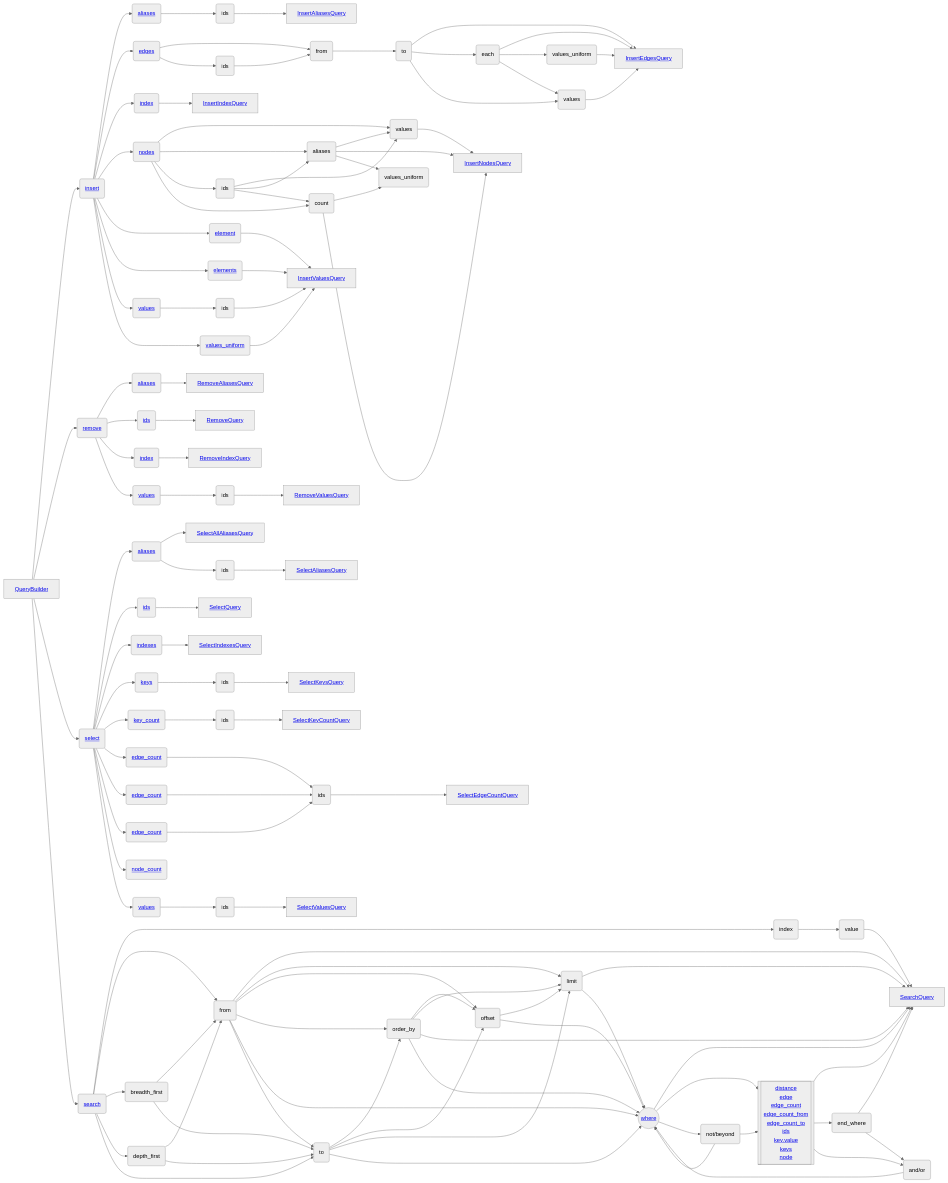
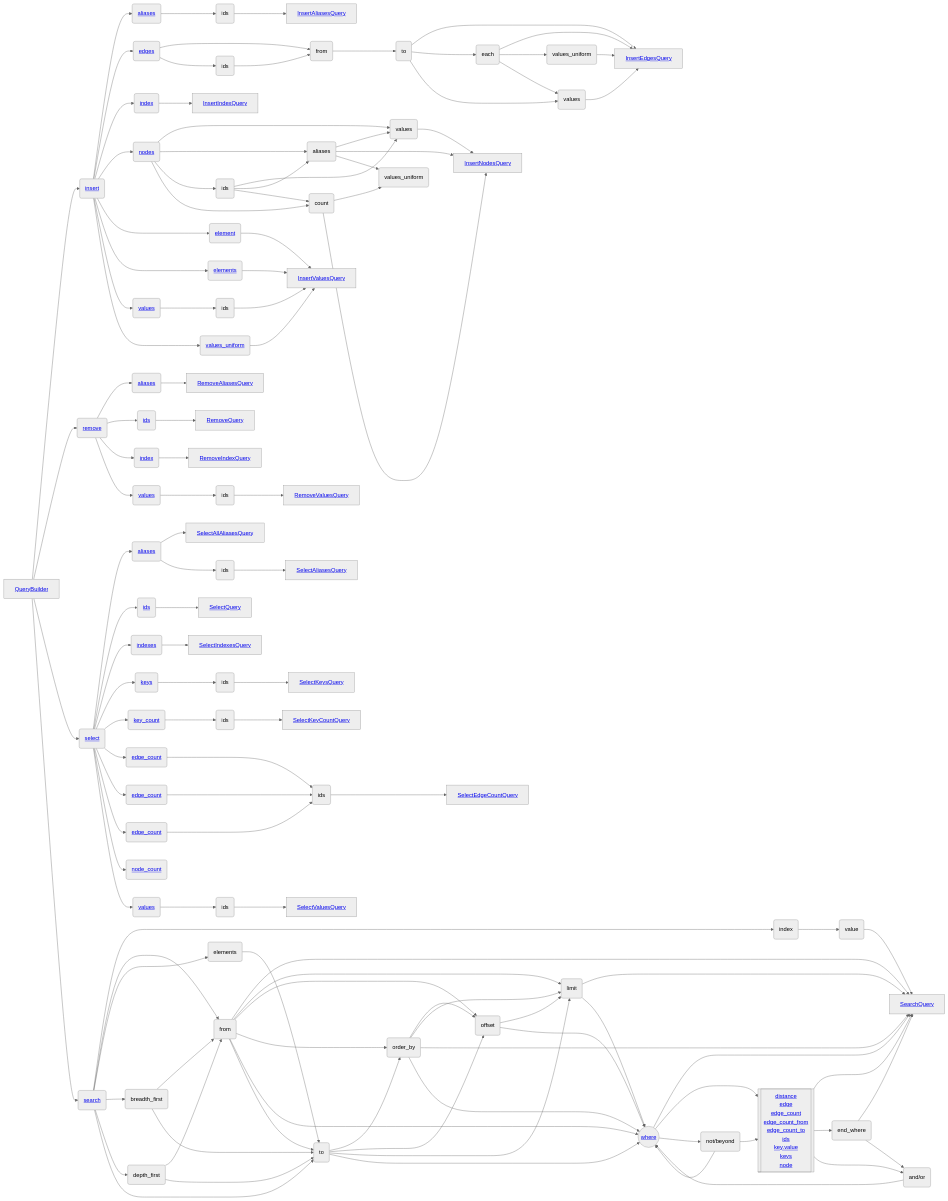
The diagram in docs/queries.md (agnesoft/agdb), drawn with Mermaid (neutral theme) before and after one commit. The commit also changed other lines of this file and 13 other files, not shown here.

First line of the commit message:
[db] Add search elements #1121 (#1125)

```diff
--- a/docs/queries.md
+++ b/docs/queries.md
@@ -54,6 +54,7 @@
 
     search --> index("index") --> s_i_value("value") --> SearchQuery["<a href='https://github.com/agnesoft/agdb/blob/main/docs/queries.md#search'>SearchQuery</a>"]
     search --> from("from") --> SearchQuery
+    search --> elements("elements") --> to
     from --> limit("limit") --> SearchQuery
     from --> offset("offset")
     offset --> limit
```
